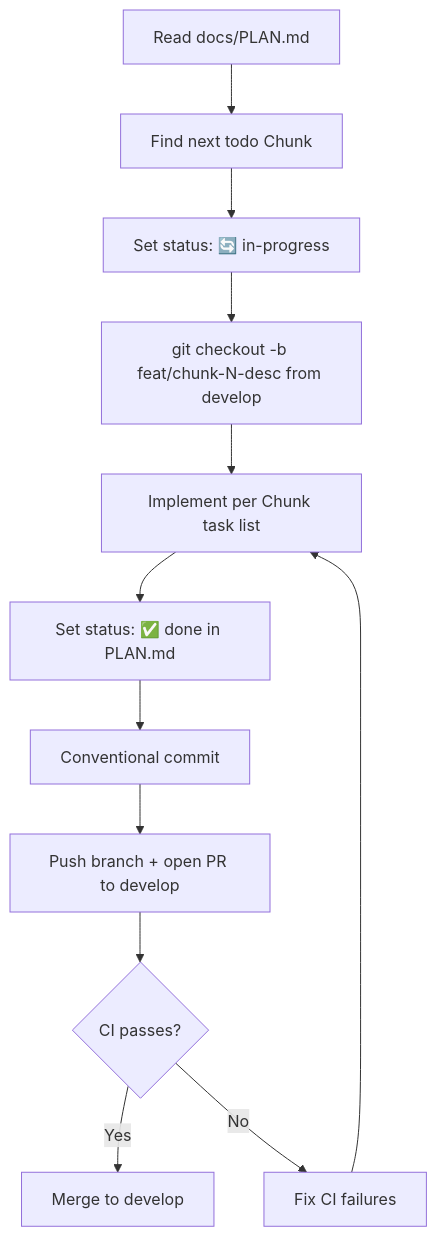
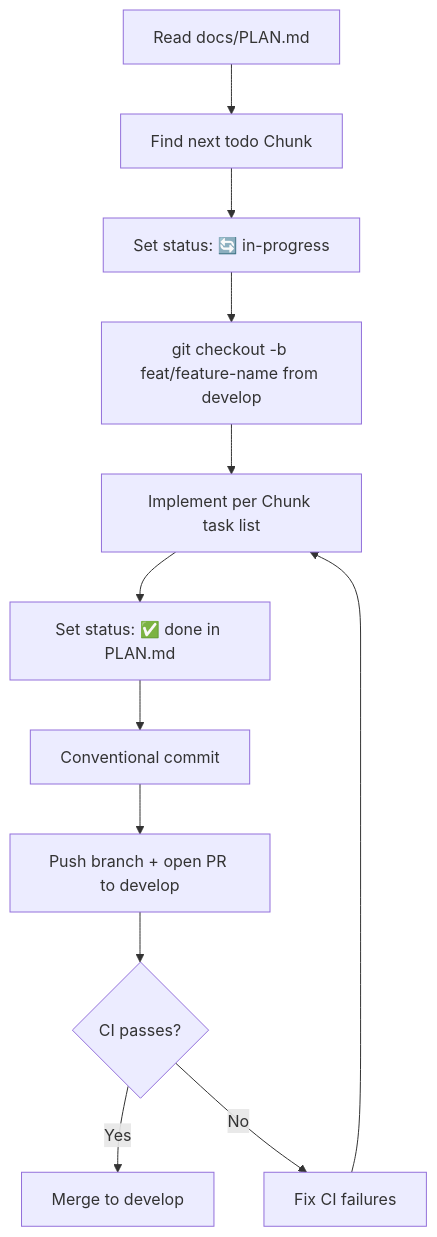
Before and after one commit to FieldPs/DevVault: the first of 4 diagrams in docs/GUIDELINES.md, drawn with Mermaid. The commit also changed other lines of this file, not shown here.

Commit message:
docs: update branch convention to use feature names instead of chunk numbers

````diff
--- a/docs/GUIDELINES.md
+++ b/docs/GUIDELINES.md
@@ -147,14 +147,14 @@
 ```mermaid
 flowchart TD
     A[Read docs/PLAN.md] --> B[Find next todo Chunk]
     B --> C[Set status: 🔄 in-progress]
-    C --> D[git checkout -b feat/chunk-N-desc from develop]
+    C --> D[git checkout -b feat/feature-name from develop]
     D --> E[Implement per Chunk task list]
     E --> F[Set status: ✅ done in PLAN.md]
     F --> G[Conventional commit]
     G --> H[Push branch + open PR to develop]
     H --> I{CI passes?}
     I -->|Yes| J[Merge to develop]
     I -->|No| K[Fix CI failures]
     K --> E
 ```
````
